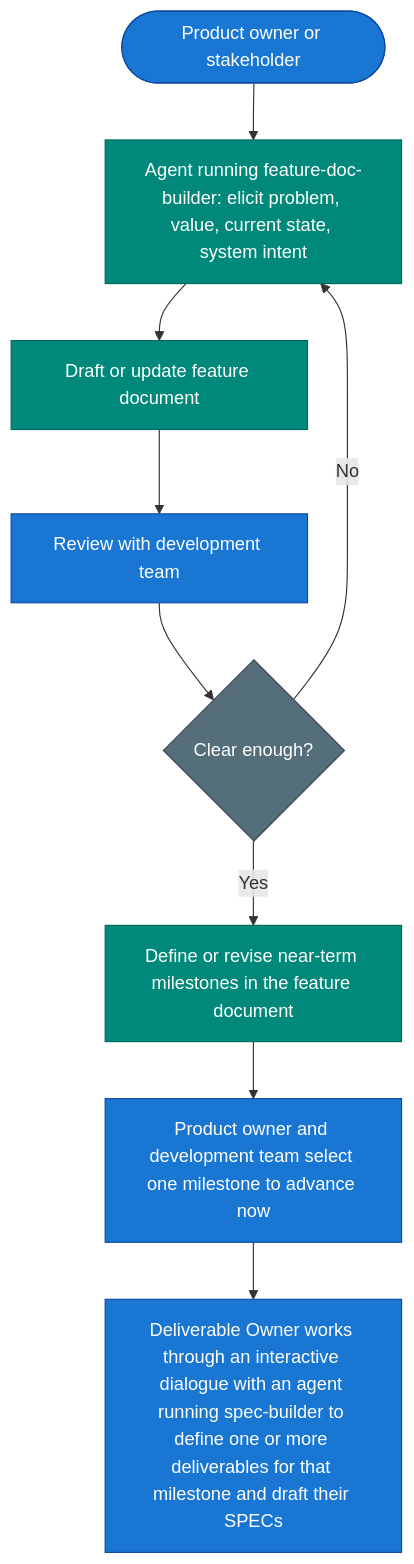
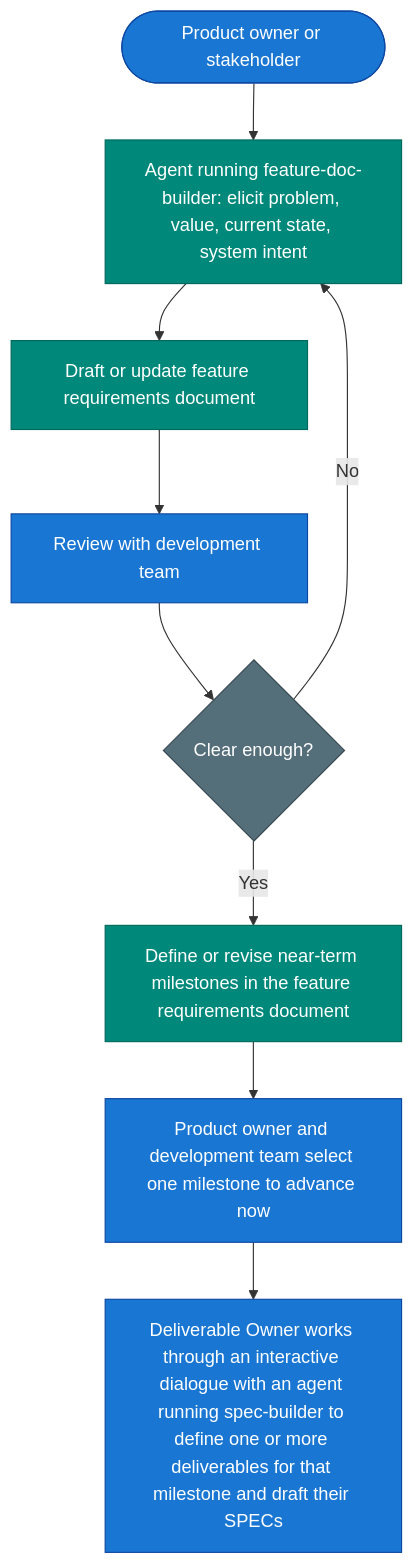
The second of 3 diagrams in zazz-framework.md (zazzcode/zazz-skills), drawn with Mermaid before and after one commit. The commit also changed other lines of this file and 2 other files, not shown here.

Commit message:
Clarify feature requirements terminology

````diff
--- a/zazz-framework.md
+++ b/zazz-framework.md
@@ -469,19 +574,19 @@
 ```mermaid
 flowchart TD
     A([Product owner or stakeholder]) --> B[Agent running feature-doc-builder: elicit problem, value, current state, system intent]
-    B --> C[Draft or update feature document]
+    B --> C[Draft or update feature requirements document]
     C --> D[Review with development team]
     D --> E{Clear enough?}
     E -->|No| B
-    E -->|Yes| F[Define or revise near-term milestones in the feature document]
+    E -->|Yes| F[Define or revise near-term milestones in the feature requirements document]
     F --> G[Product owner and development team select one milestone to advance now]
     G --> H[Deliverable Owner works through an interactive dialogue with an agent running spec-builder to define one or more deliverables for that milestone and draft their SPECs]
 
     classDef human fill:#1976d2,stroke:#0d47a1,color:#fff
     classDef agent fill:#00897b,stroke:#00695c,color:#fff
     classDef decision fill:#546e7a,stroke:#37474f,color:#fff
     class A,D human
     class B,C,F agent
     class G,H human
     class E decision
 ```
````
